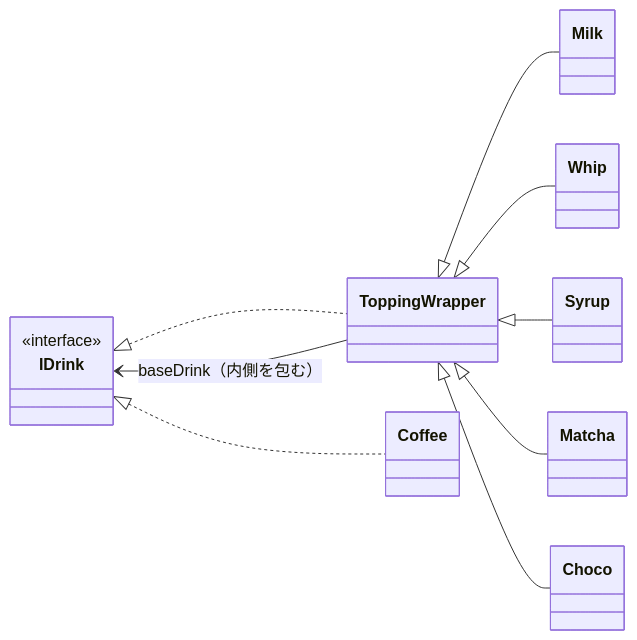
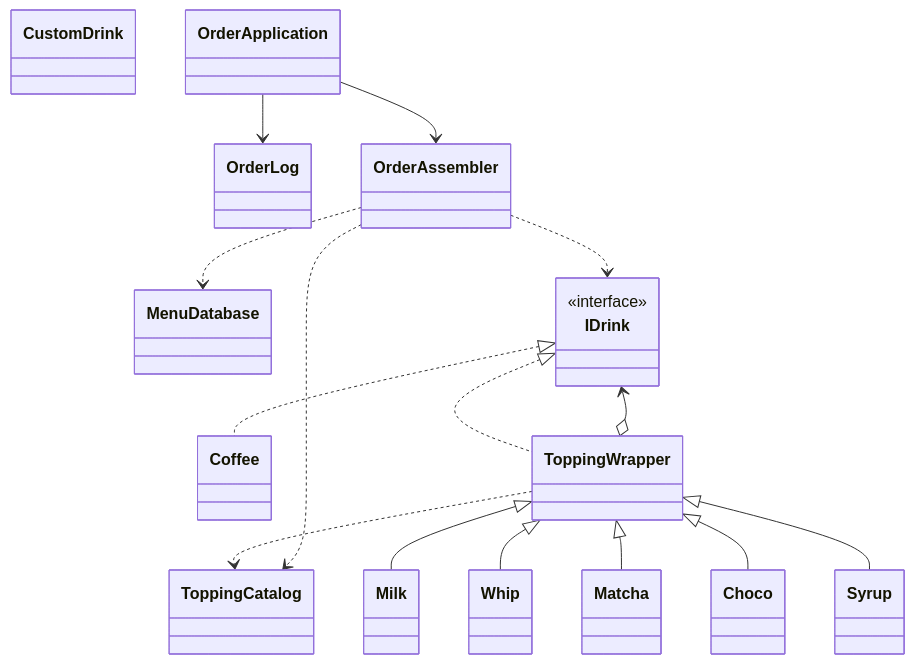
Before and after one commit to kumachan1101-pixel/DesignPattern: the seventh of 12 diagrams in kindle/design-patterns/output/chapter06.md, drawn with Mermaid. The commit also changed other lines of this file and 19 other files, not shown here.

````diff
--- a/kindle/design-patterns/output/chapter06.md
+++ b/kindle/design-patterns/output/chapter06.md
@@ -1272,14 +1121,31 @@
 ```mermaid
 classDiagram
-    direction LR
+    class CustomDrink
+    class MenuDatabase
+    class Choco
+    class Syrup
+    class OrderApplication
+    class OrderLog
     class IDrink { <<interface>> }
+    class Coffee
     class ToppingWrapper
+    class Milk
+    class Whip
+    class Matcha
+    class ToppingCatalog
+    class OrderAssembler
     IDrink <|.. Coffee
     IDrink <|.. ToppingWrapper
-    ToppingWrapper --> IDrink : baseDrink（内側を包む）
+    ToppingWrapper o--> IDrink
     ToppingWrapper <|-- Milk
     ToppingWrapper <|-- Whip
-    ToppingWrapper <|-- Syrup
     ToppingWrapper <|-- Matcha
     ToppingWrapper <|-- Choco
+    ToppingWrapper <|-- Syrup
+    ToppingWrapper ..> ToppingCatalog
+    OrderAssembler ..> ToppingCatalog
+    OrderAssembler ..> MenuDatabase
+    OrderAssembler ..> IDrink
+    OrderApplication --> OrderAssembler
+    OrderApplication --> OrderLog
 ```
````
